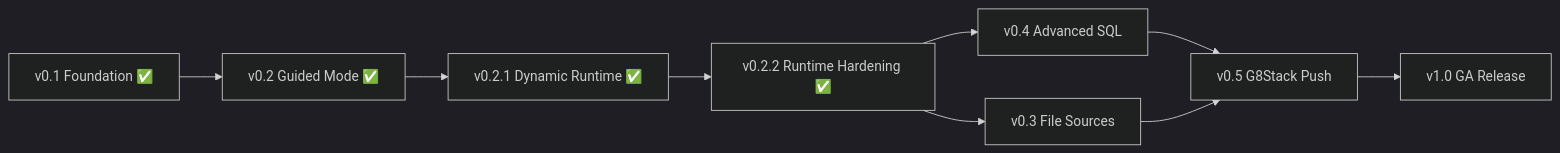
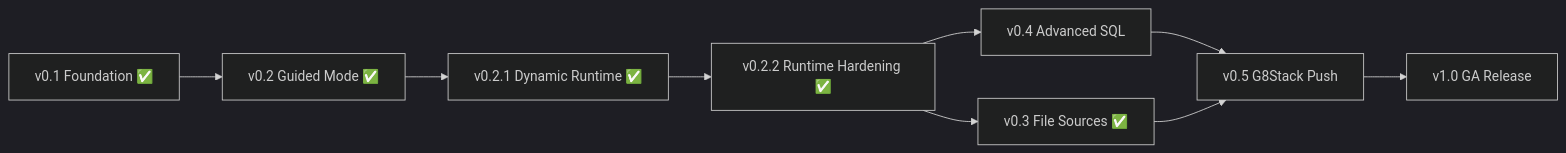
Before and after one commit to developers-hub-my/g8stack-connect: the third of 3 diagrams in docs/05-roadmap/01-implementation-roadmap.md, drawn with Mermaid (dark theme). The commit also changed other lines of this file and 5 other files, not shown here.

First line of the commit message:
Update docs for v0.3 completion — connector architecture, file sources

````diff
--- a/docs/05-roadmap/01-implementation-roadmap.md
+++ b/docs/05-roadmap/01-implementation-roadmap.md
@@ -575,11 +605,11 @@
 ```mermaid
 graph LR
     v01["v0.1 Foundation ✅"] --> v02["v0.2 Guided Mode ✅"]
     v02 --> v021["v0.2.1 Dynamic Runtime ✅"]
     v021 --> v022["v0.2.2 Runtime Hardening ✅"]
-    v022 --> v03["v0.3 File Sources"]
+    v022 --> v03["v0.3 File Sources ✅"]
     v022 --> v04["v0.4 Advanced SQL"]
     v04 --> v05["v0.5 G8Stack Push"]
     v03 --> v05
     v05 --> v10["v1.0 GA Release"]
 ```
````
